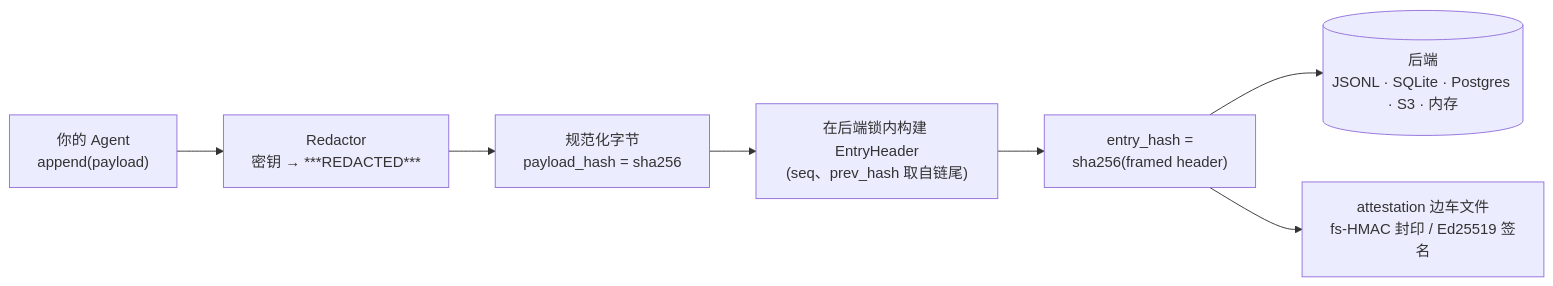
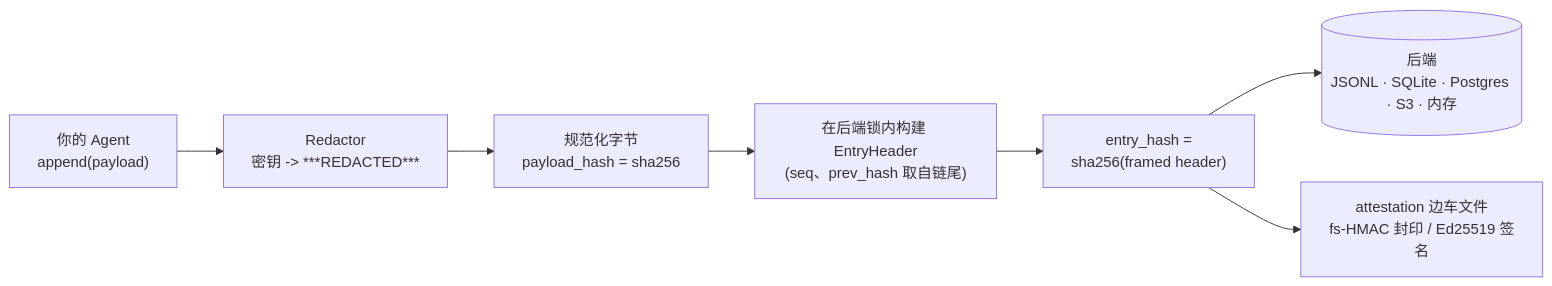
The first of 4 diagrams in README.zh.md (cuongbphv/waxseal), drawn with Mermaid before and after one commit. The commit also changed other lines of this file and 8 other files, not shown here.

````diff
--- a/README.zh.md
+++ b/README.zh.md
@@ -129,9 +129,9 @@
 ```mermaid
 flowchart LR
-    A["你的 Agent<br/>append(payload)"] --> R["Redactor<br/>密钥 → ***REDACTED***"]
+    A["你的 Agent<br/>append(payload)"] --> R["Redactor<br/>密钥 -> ***REDACTED***"]
     R --> C["规范化字节<br/>payload_hash = sha256"]
     C --> H["在后端锁内构建 EntryHeader<br/>(seq、prev_hash 取自链尾)"]
     H --> EH["entry_hash =<br/>sha256(framed header)"]
     EH --> B[("后端<br/>JSONL · SQLite · Postgres · S3 · 内存")]
     EH --> S["attestation 边车文件<br/>fs-HMAC 封印 / Ed25519 签名"]
 ```
````
